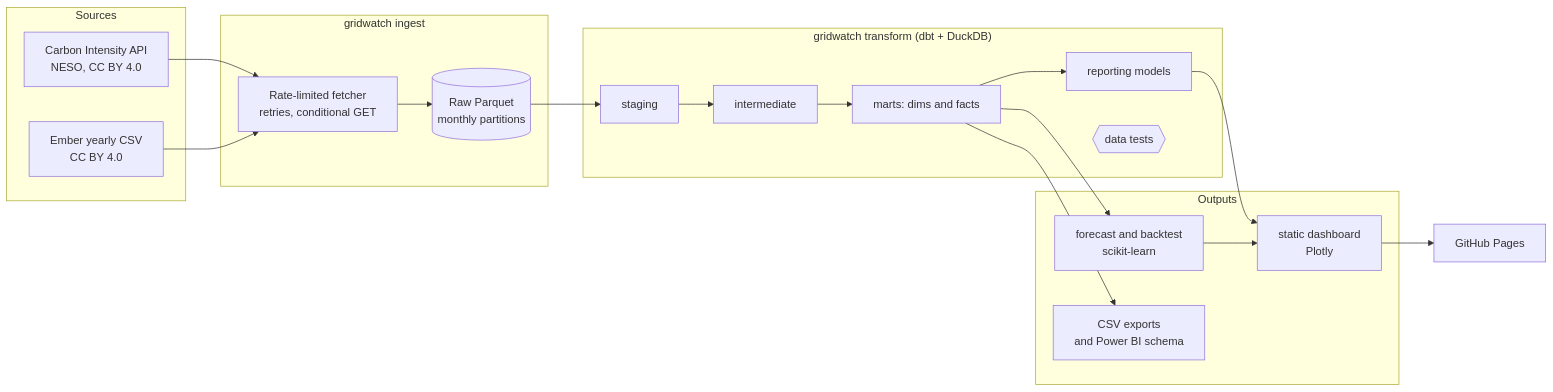
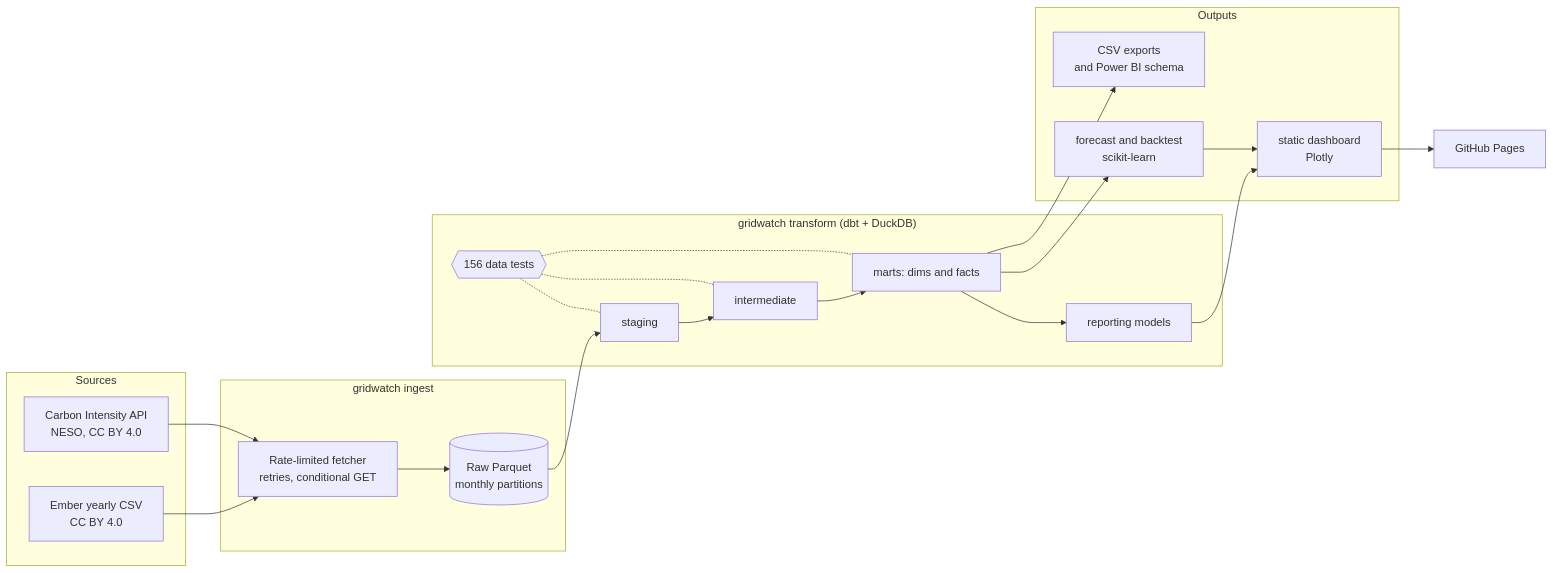
One commit to fasharif/gridwatch changed the diagram in README.md. Above: the diagram before and after it, drawn with Mermaid. The commit also changed other lines of this file, not shown here.

````diff
--- a/README.md
+++ b/README.md
@@ -63,28 +63,28 @@
 ```mermaid
 flowchart LR
     subgraph Sources
         CI[Carbon Intensity API<br/>NESO, CC BY 4.0]
         EM[Ember yearly CSV<br/>CC BY 4.0]
     end
     subgraph Ingest["gridwatch ingest"]
         F[Rate-limited fetcher<br/>retries, conditional GET]
         R[(Raw Parquet<br/>monthly partitions)]
     end
     subgraph Warehouse["gridwatch transform (dbt + DuckDB)"]
         S[staging] --> I[intermediate] --> M[marts: dims and facts] --> RP[reporting models]
-        T{{data tests}}
+        T{{156 data tests}} -.- S & I & M
     end
     subgraph Outputs
         FC[forecast and backtest<br/>scikit-learn]
         D[static dashboard<br/>Plotly]
         X[CSV exports<br/>and Power BI schema]
     end
     CI --> F
     EM --> F
     F --> R --> S
     M --> FC
     RP --> D
     FC --> D
     M --> X
     D --> P[GitHub Pages]
 ```
````
